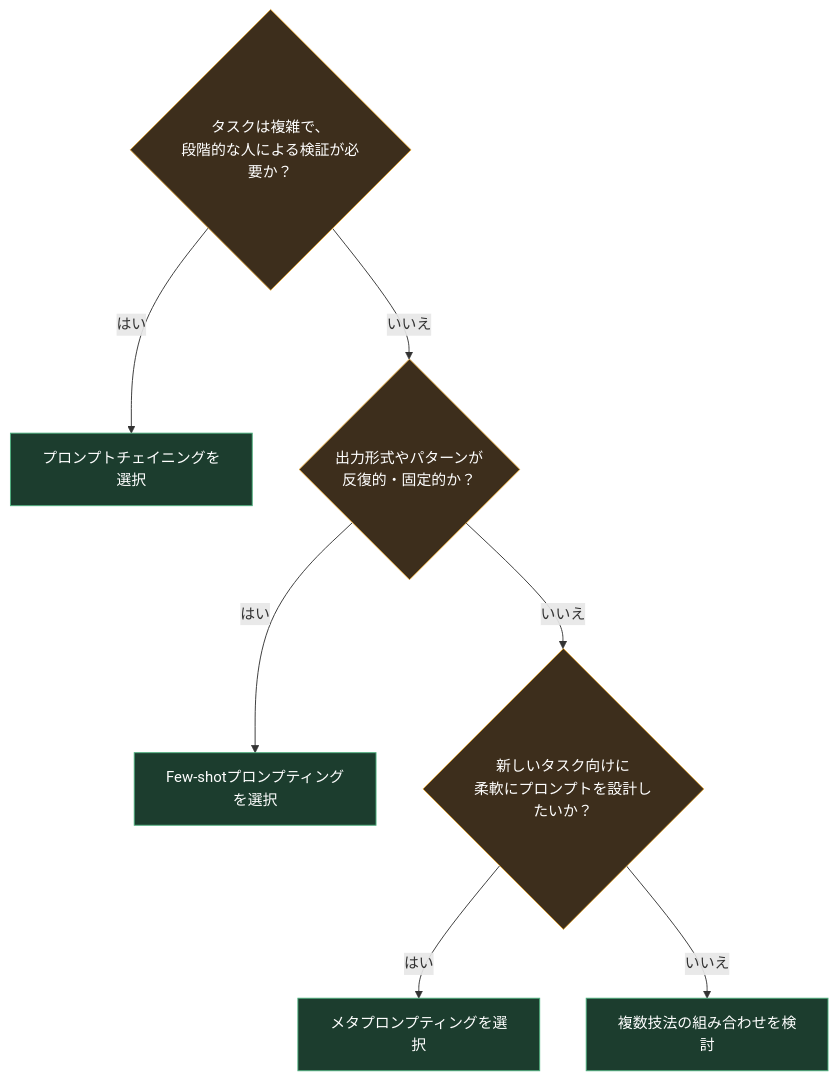
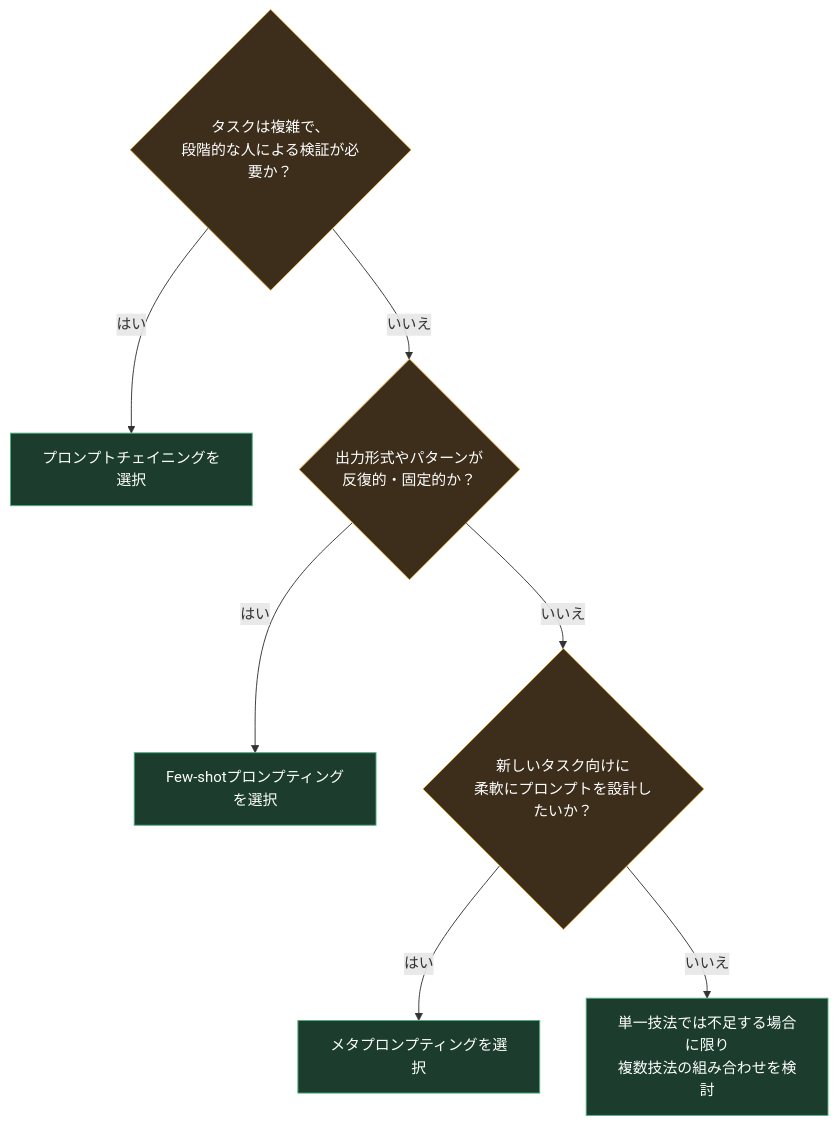
Before and after one commit to myoshi2891/Quality-Assurance-Studies: the eighth of 9 diagrams in Ct-genai-chapter2.md, drawn with Mermaid. The commit also changed other lines of this file and 1 other file, not shown here.

Commit message:
docs(ct-genai): clarify HO-1.1.4 objective and combination prompt engineering techniques

````diff
--- a/Ct-genai-chapter2.md
+++ b/Ct-genai-chapter2.md
@@ -370,15 +370,15 @@
 ```mermaid
 flowchart TD
     Q1{"タスクは複雑で、<br/>段階的な人による検証が必要か？"}
     Q1 -->|"はい"| PC["プロンプトチェイニングを選択"]
     Q1 -->|"いいえ"| Q2{"出力形式やパターンが<br/>反復的・固定的か？"}
     Q2 -->|"はい"| FS["Few-shotプロンプティングを選択"]
     Q2 -->|"いいえ"| Q3{"新しいタスク向けに<br/>柔軟にプロンプトを設計したいか？"}
     Q3 -->|"はい"| MP["メタプロンプティングを選択"]
-    Q3 -->|"いいえ"| COMB["複数技法の組み合わせを検討"]
+    Q3 -->|"いいえ"| COMB["単一技法では不足する場合に限り<br/>複数技法の組み合わせを検討"]
 
     classDef q fill:#3d2e1c,stroke:#e0a53a,color:#ffffff;
     classDef a fill:#1c3d2e,stroke:#4caf7d,color:#ffffff;
     class Q1,Q2,Q3 q;
     class PC,FS,MP,COMB a;
 ```
````
